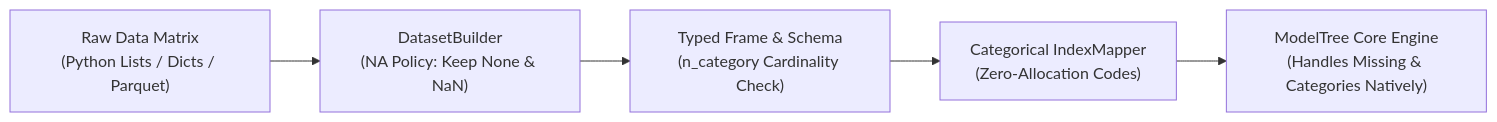
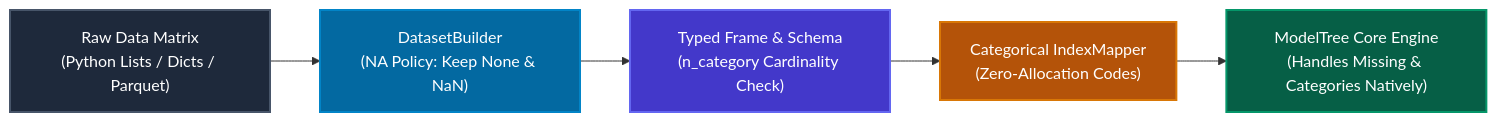
One commit to jkapila/mltreelib changed the diagram in docs/guides/data.md. Above: the diagram before and after it, drawn with Mermaid. The commit also changed 18 other files, not shown here.

Commit message:
docs: add native ModelTree graph, 5-leaf survival profiles, and color palette across all Mermaid diagrams

````diff
--- a/docs/guides/data.md
+++ b/docs/guides/data.md
@@ -15,7 +15,19 @@
 ```mermaid
 flowchart LR
     A["Raw Data Matrix\n(Python Lists / Dicts / Parquet)"] --> B["DatasetBuilder\n(NA Policy: Keep None & NaN)"]
     B --> C["Typed Frame & Schema\n(n_category Cardinality Check)"]
     C --> D["Categorical IndexMapper\n(Zero-Allocation Codes)"]
     D --> E["ModelTree Core Engine\n(Handles Missing & Categories Natively)"]
+
+    classDef dataBox fill:#1e293b,stroke:#475569,stroke-width:2px,color:#ffffff;
+    classDef buildBox fill:#0369a1,stroke:#0284c7,stroke-width:2px,color:#ffffff;
+    classDef frameBox fill:#4338ca,stroke:#6366f1,stroke-width:2px,color:#ffffff;
+    classDef mapBox fill:#b45309,stroke:#d97706,stroke-width:2px,color:#ffffff;
+    classDef engineBox fill:#065f46,stroke:#059669,stroke-width:2px,color:#ffffff;
+
+    class A dataBox;
+    class B buildBox;
+    class C frameBox;
+    class D mapBox;
+    class E engineBox;
 ```
````
